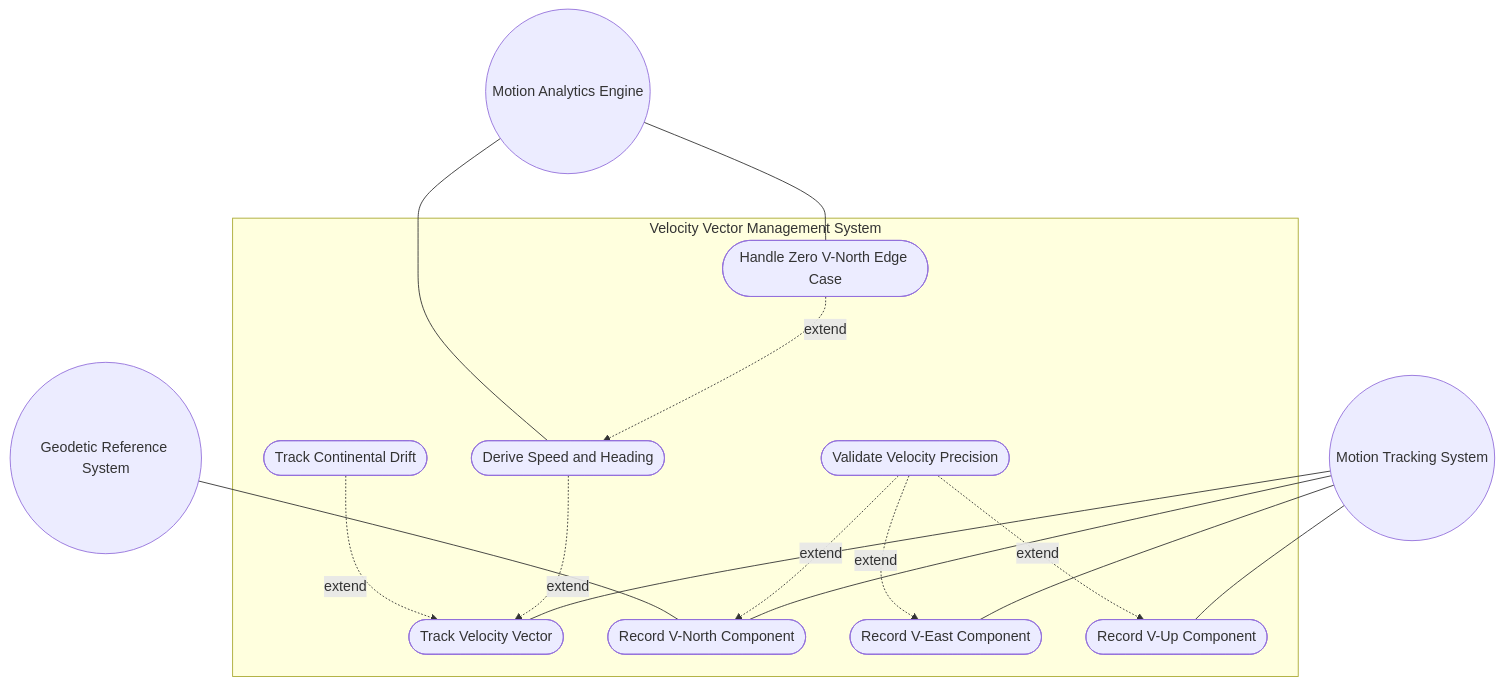
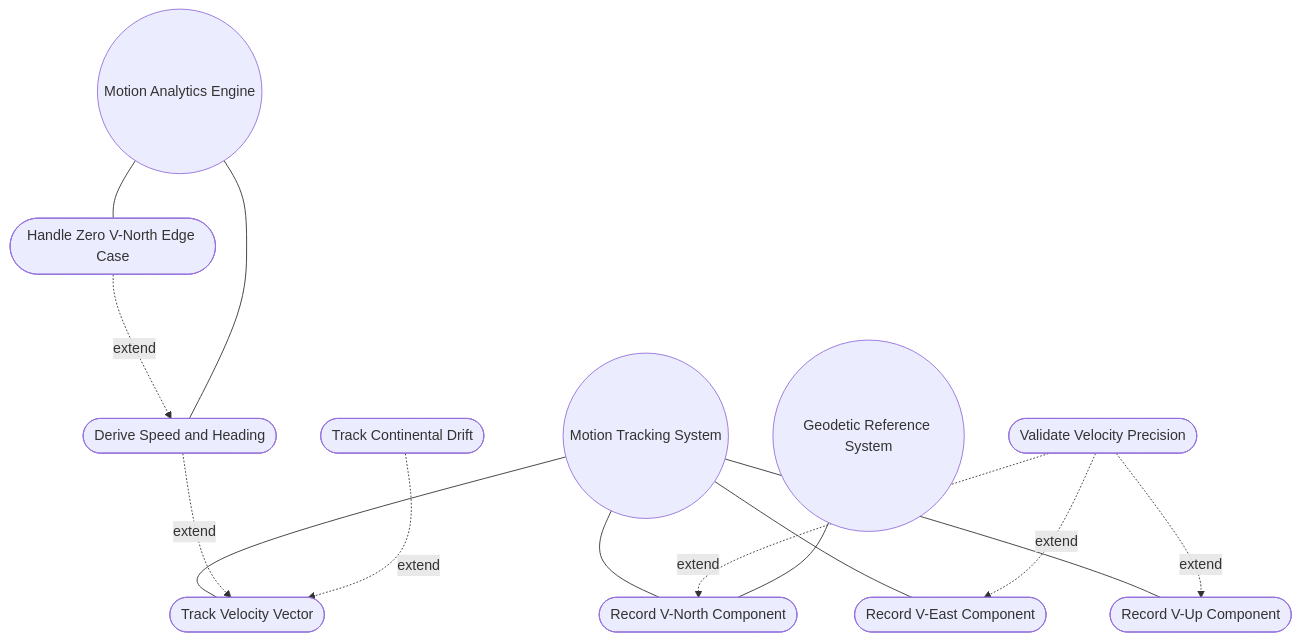
The first of 2 diagrams in docs/use-cases/uc-10-velocity-vector-management.md (gintatkinson/3dgs-030), drawn with Mermaid before and after one commit. The commit also changed 20 other files, not shown here.

First line of the commit message:
fix: repair Mermaid rendering across all 18 use cases and 5 topology features

````diff
--- a/docs/use-cases/uc-10-velocity-vector-management.md
+++ b/docs/use-cases/uc-10-velocity-vector-management.md
@@ -101,26 +101,24 @@
 ```mermaid
 graph TD
-    subgraph System["Velocity Vector Management System"]
         UC01([Track Velocity Vector])
         UC02([Record V-North Component])
         UC03([Record V-East Component])
         UC04([Record V-Up Component])
         UC05([Validate Velocity Precision])
         UC06([Derive Speed and Heading])
         UC07([Handle Zero V-North Edge Case])
         UC08([Track Continental Drift])
-    end
     Tracker((Motion Tracking System)) --- UC01
     Tracker --- UC02
     Tracker --- UC03
     Tracker --- UC04
     UC05 -. "extend" .-> UC02
     UC05 -. "extend" .-> UC03
     UC05 -. "extend" .-> UC04
     UC06 -. "extend" .-> UC01
     UC07 -. "extend" .-> UC06
     UC08 -. "extend" .-> UC01
     Analytics((Motion Analytics Engine)) --- UC06
     Analytics --- UC07
     Geodetic((Geodetic Reference System)) --- UC02
 ```
````
